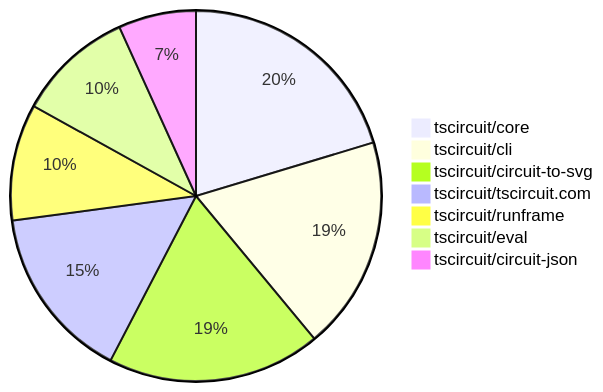
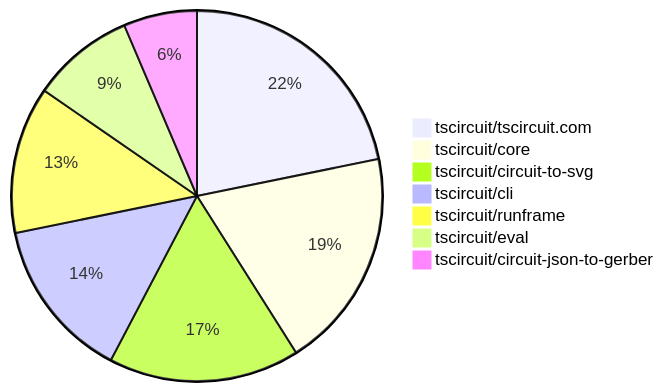
The second of 2 diagrams in README.md (tscircuit/contribution-tracker), drawn with Mermaid before and after one commit. The commit also changed other lines of this file and 3 other files, not shown here.

````diff
--- a/README.md
+++ b/README.md
@@ -99,10 +107,10 @@
 ```mermaid
 pie
-    "tscircuit/core" : 12
+    "tscircuit/tscircuit.com" : 17
+    "tscircuit/core" : 15
+    "tscircuit/circuit-to-svg" : 13
     "tscircuit/cli" : 11
-    "tscircuit/circuit-to-svg" : 11
-    "tscircuit/tscircuit.com" : 9
-    "tscircuit/runframe" : 6
-    "tscircuit/eval" : 6
-    "tscircuit/circuit-json" : 4
+    "tscircuit/runframe" : 10
+    "tscircuit/eval" : 7
+    "tscircuit/circuit-json-to-gerber" : 5
 ```
````
